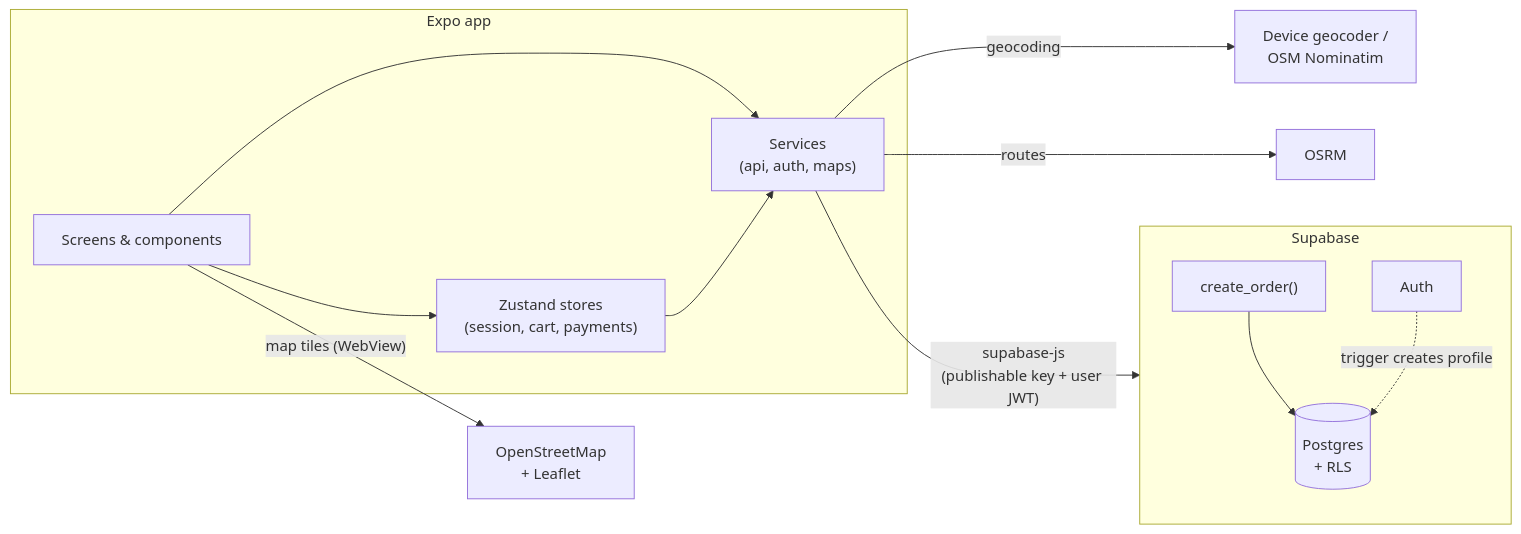
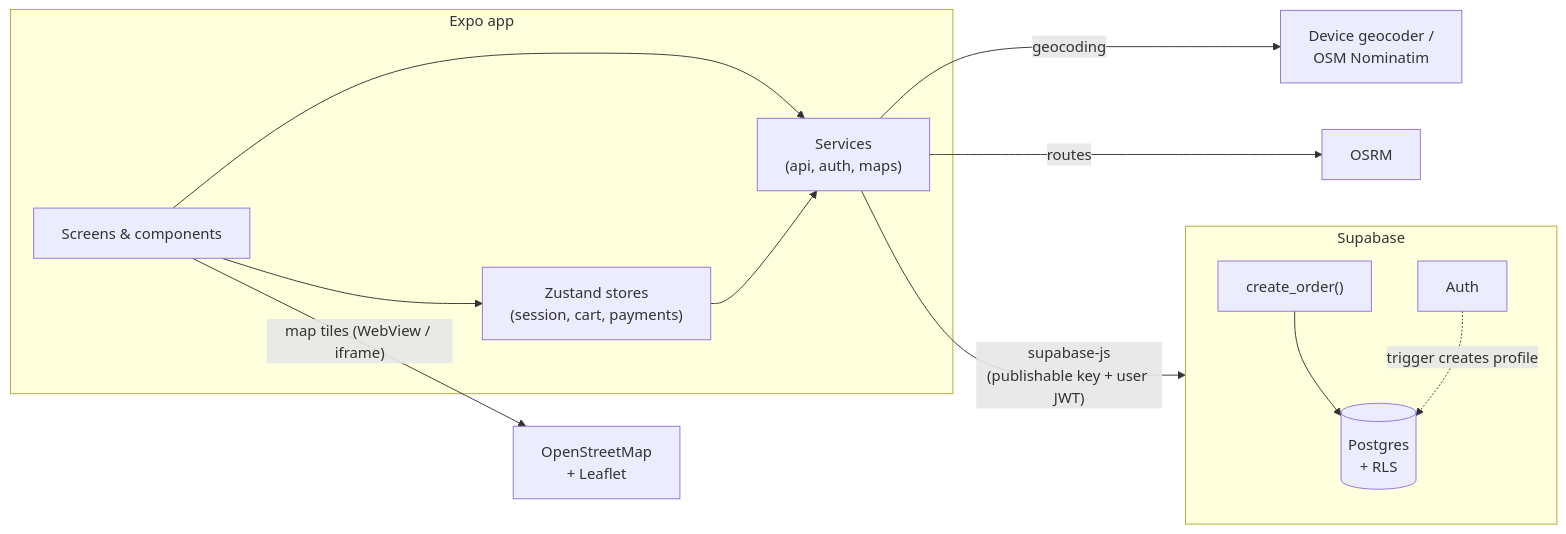
Before and after one commit to DevKevZeb/compraYa: the first of 2 diagrams in README.md, drawn with Mermaid. The commit also changed other lines of this file, not shown here.

````diff
--- a/README.md
+++ b/README.md
@@ -55,21 +68,21 @@
 ```mermaid
 flowchart LR
   subgraph App["Expo app"]
     UI["Screens & components"] --> Stores["Zustand stores<br/>(session, cart, payments)"]
     UI --> Services["Services<br/>(api, auth, maps)"]
     Stores --> Services
   end
 
   Services -->|"supabase-js<br/>(publishable key + user JWT)"| Supabase
   Services -->|geocoding| Nominatim["Device geocoder /<br/>OSM Nominatim"]
-  UI -->|"map tiles (WebView)"| OSM["OpenStreetMap<br/>+ Leaflet"]
+  UI -->|"map tiles (WebView / iframe)"| OSM["OpenStreetMap<br/>+ Leaflet"]
   Services -->|routes| OSRM["OSRM"]
 
   subgraph Supabase
     Auth["Auth"]
     DB[("Postgres<br/>+ RLS")]
     RPC["create_order()"]
     RPC --> DB
     Auth -. "trigger creates profile" .-> DB
   end
 ```
````
